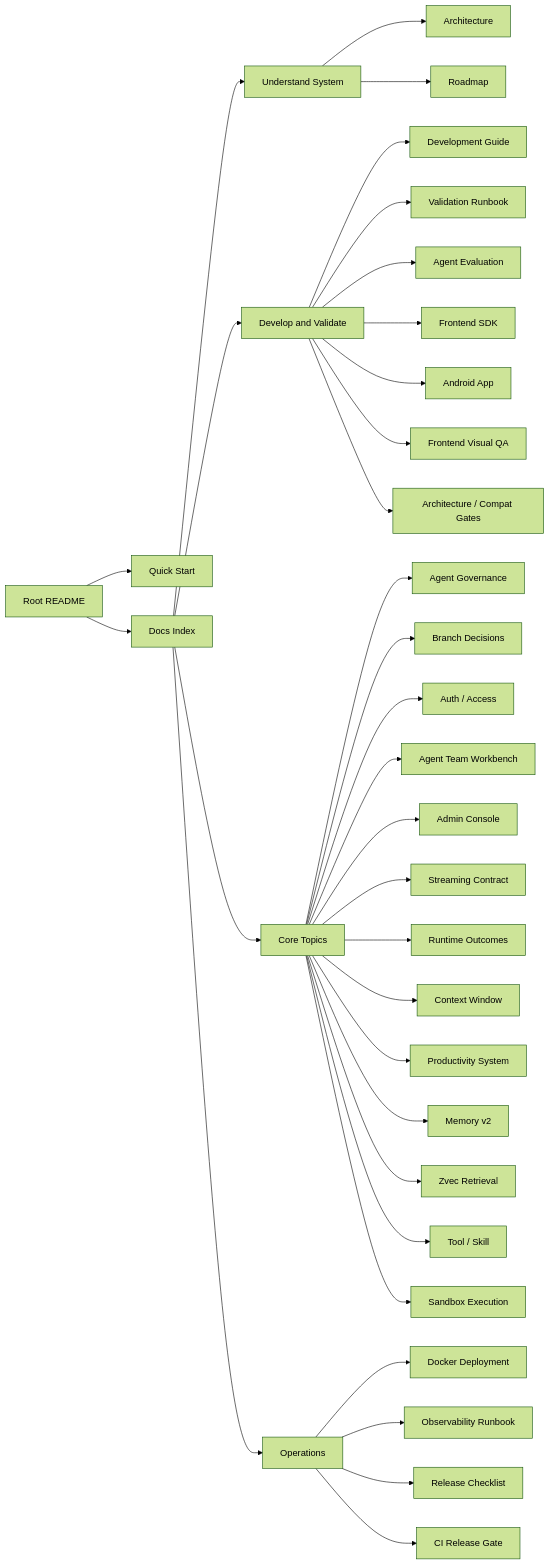
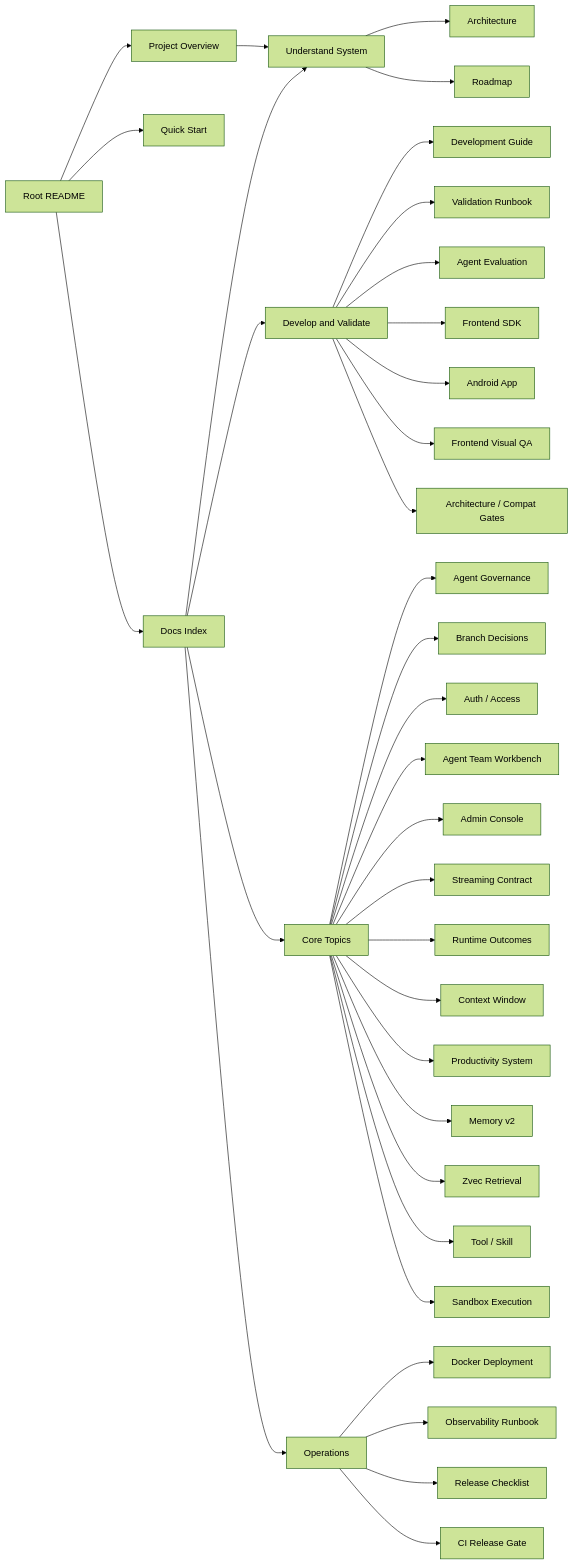
Before and after one commit to William-zgx/focus-agent: the diagram in docs/README.md, drawn with Mermaid (forest theme). The commit also changed other lines of this file and 18 other files, not shown here.

````diff
--- a/docs/README.md
+++ b/docs/README.md
@@ -9,35 +12,37 @@
 ```mermaid
 flowchart LR
-    README["Root README"] --> Quick["Quick Start"]
+    README["Root README"] --> Overview["Project Overview"]
+    README --> Quick["Quick Start"]
     README --> Docs["Docs Index"]
-    Docs --> Understand["Understand System"]
+    Overview --> Understand["Understand System"]
+    Docs --> Understand
     Docs --> Develop["Develop and Validate"]
     Docs --> Topics["Core Topics"]
     Docs --> Ops["Operations"]
     Understand --> Architecture["Architecture"]
     Understand --> Roadmap["Roadmap"]
     Develop --> DevGuide["Development Guide"]
     Develop --> Validation["Validation Runbook"]
     Develop --> EvalGuide["Agent Evaluation"]
     Develop --> SDK["Frontend SDK"]
     Develop --> Android["Android App"]
     Develop --> FrontendQA["Frontend Visual QA"]
     Develop --> Debt["Architecture / Compat Gates"]
     Topics --> Governance["Agent Governance"]
     Topics --> BranchDecision["Branch Decisions"]
     Topics --> AuthAccess["Auth / Access"]
     Topics --> AgentTeam["Agent Team Workbench"]
     Topics --> Admin["Admin Console"]
     Topics --> Streaming["Streaming Contract"]
     Topics --> Outcomes["Runtime Outcomes"]
     Topics --> ContextWindow["Context Window"]
     Topics --> Productivity["Productivity System"]
     Topics --> Memory["Memory v2"]
     Topics --> Retrieval["Zvec Retrieval"]
     Topics --> Tools["Tool / Skill"]
     Topics --> Sandbox["Sandbox Execution"]
     Ops --> Docker["Docker Deployment"]
     Ops --> Observability["Observability Runbook"]
     Ops --> Release["Release Checklist"]
     Ops --> CIGate["CI Release Gate"]
 ```
````
